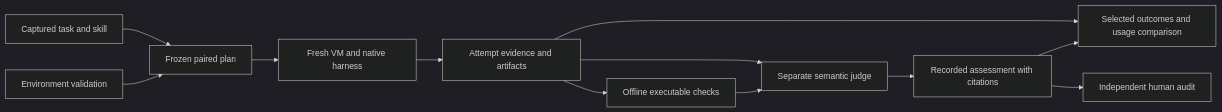
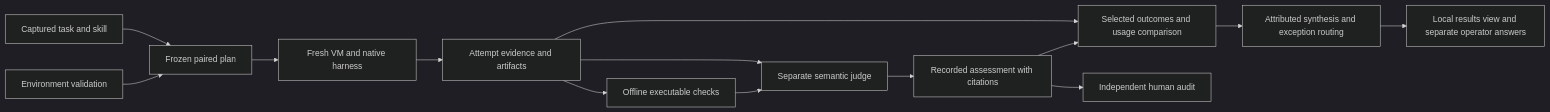
The diagram in docs/system/ARCHITECTURE.md (davisbuilds/skilleval), drawn with Mermaid (dark theme) before and after one commit. The commit also changed other lines of this file and 29 other files, not shown here.

First line of the commit message:
Add retained-results synthesis and local exception review

````diff
--- a/docs/system/ARCHITECTURE.md
+++ b/docs/system/ARCHITECTURE.md
@@ -8,14 +10,16 @@
 ```mermaid
 flowchart LR
   T[Captured task and skill] --> P[Frozen paired plan]
   V[Environment validation] --> P
   P --> R[Fresh VM and native harness]
   R --> E[Attempt evidence and artifacts]
   E --> C[Offline executable checks]
   E --> J[Separate semantic judge]
   C --> J
   J --> A[Recorded assessment with citations]
   E --> O[Selected outcomes and usage comparison]
   A --> O
+  O --> S[Attributed synthesis and exception routing]
+  S --> U[Local results view and separate operator answers]
   A --> H[Independent human audit]
 ```
````
